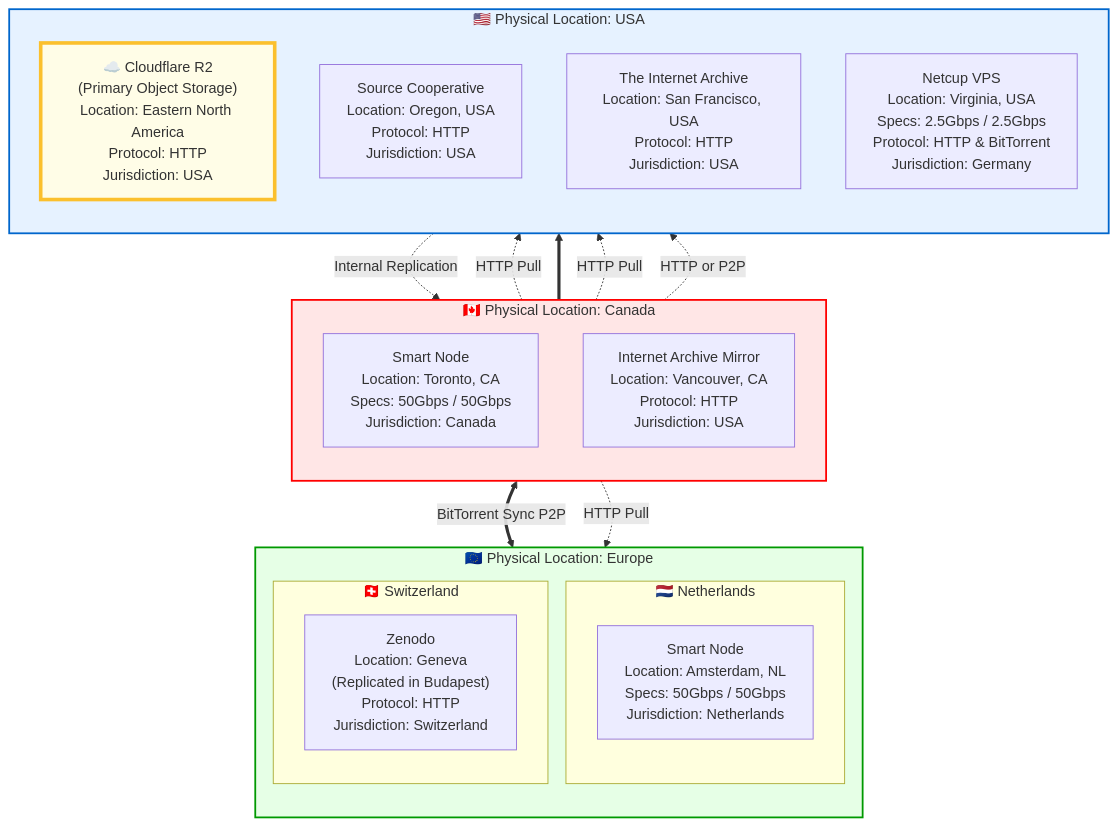
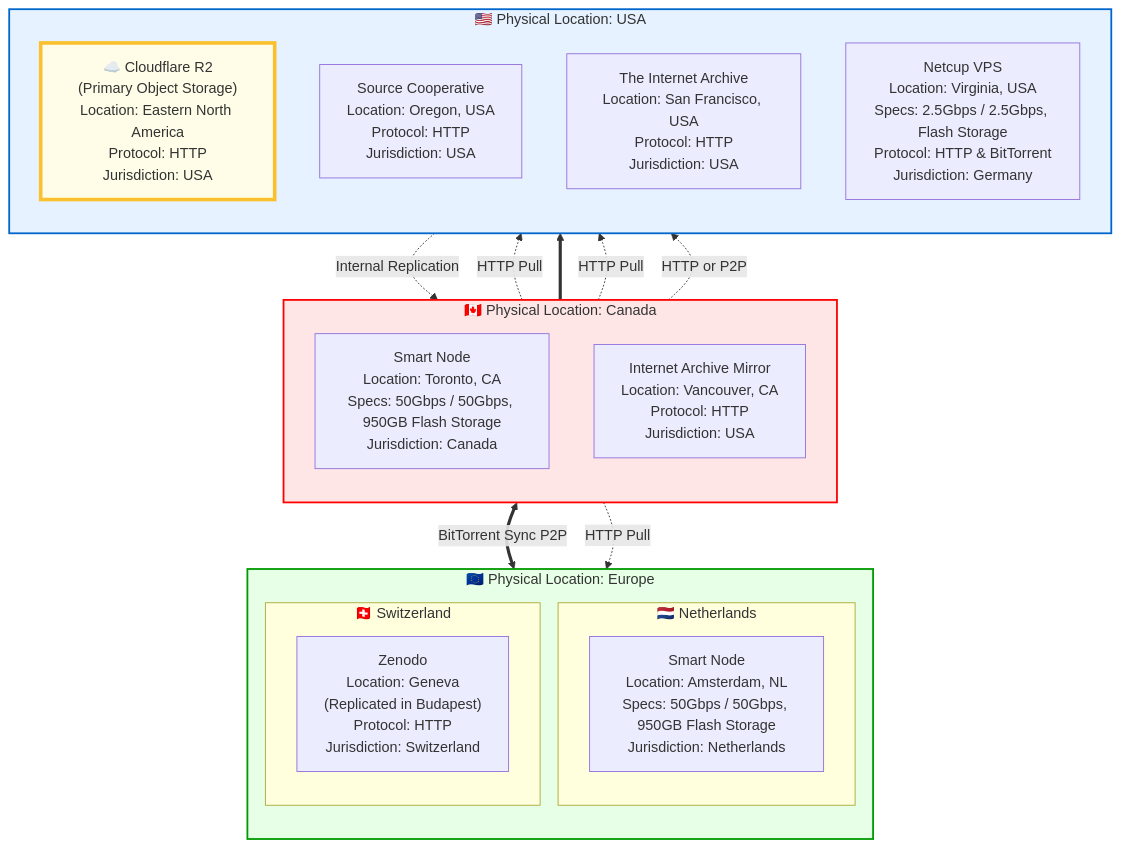
One commit to dataforcanada/www.dataforcanada.org changed the diagram in content/infrastructure/_index.md. Above: the diagram before and after it, drawn with Mermaid. The commit also changed other lines of this file, not shown here.

````diff
--- a/content/infrastructure/_index.md
+++ b/content/infrastructure/_index.md
@@ -24,7 +24,7 @@
         direction TB
         NodeTO["Smart Node
 Location: Toronto, CA
-Specs: 50Gbps / 50Gbps
+Specs: 50Gbps / 50Gbps, 950GB Flash Storage
 Jurisdiction: Canada"]
         
         IA_Van["Internet Archive Mirror
@@ -56,7 +56,7 @@
         
         Netcup["Netcup VPS
 Location: Virginia, USA
-Specs: 2.5Gbps / 2.5Gbps
+Specs: 2.5Gbps / 2.5Gbps, Flash Storage
 Protocol: HTTP & BitTorrent
 Jurisdiction: Germany"]
     end
@@ -69,7 +69,7 @@
         subgraph Netherlands ["🇳🇱 Netherlands"]
             NodeAMS["Smart Node
 Location: Amsterdam, NL
-Specs: 50Gbps / 50Gbps
+Specs: 50Gbps / 50Gbps, 950GB Flash Storage
 Jurisdiction: Netherlands"]
         end
         
@@ -94,4 +94,5 @@
     NodeTO -.->|HTTP Pull| Zenodo
     NodeTO -.->|HTTP Pull| IA_SF
     NodeTO -.->|HTTP or P2P| Netcup
+
 ```
````
